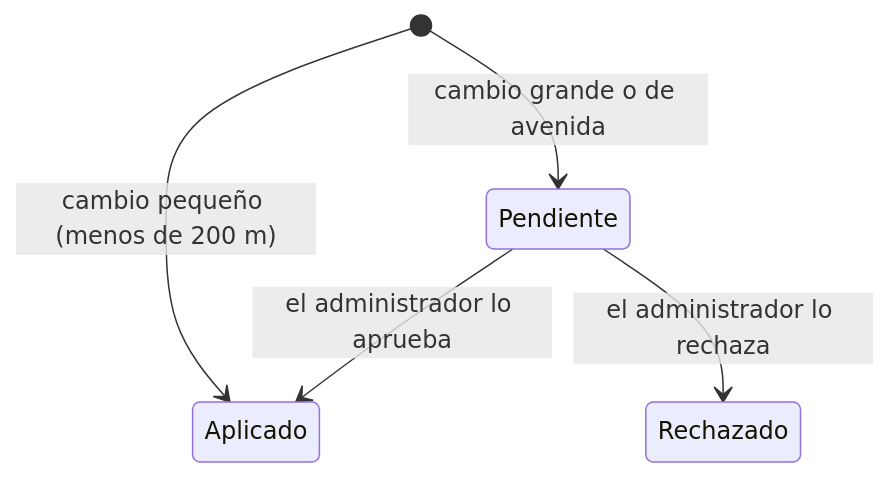
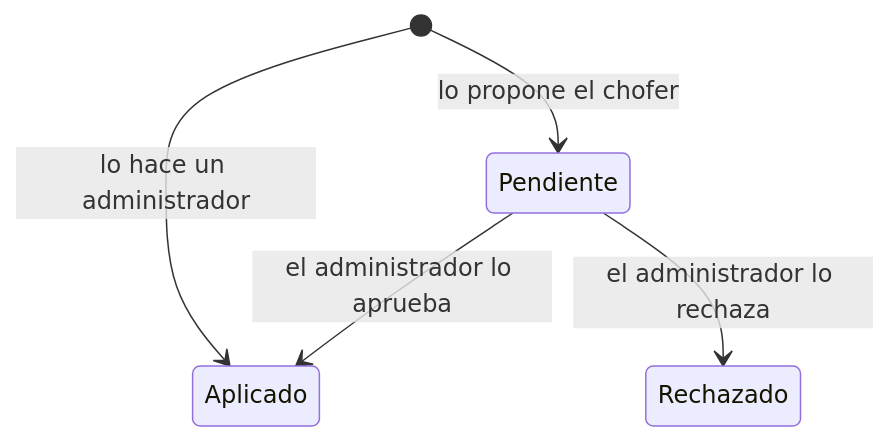
One commit to hugozuniga770/UPBus changed the sixth of 7 diagrams in docs/sesion-07-modelos.md. Above: the diagram before and after it, drawn with Mermaid. The commit also changed other lines of this file and 8 other files, not shown here.

````diff
--- a/docs/sesion-07-modelos.md
+++ b/docs/sesion-07-modelos.md
@@ -538,7 +548,7 @@
 ```mermaid
 stateDiagram-v2
-    [*] --> Aplicado: cambio pequeño (menos de 200 m)
-    [*] --> Pendiente: cambio grande o de avenida
+    [*] --> Pendiente: lo propone el chofer
+    [*] --> Aplicado: lo hace un administrador
     Pendiente --> Aplicado: el administrador lo aprueba
     Pendiente --> Rechazado: el administrador lo rechaza
 ```
````
